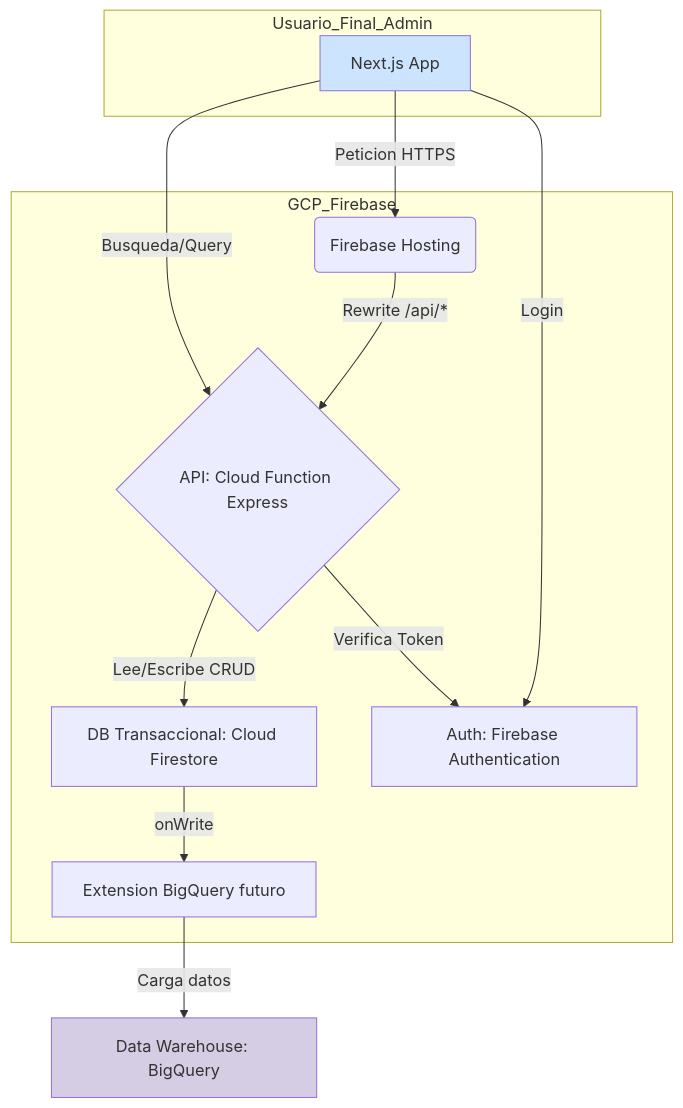
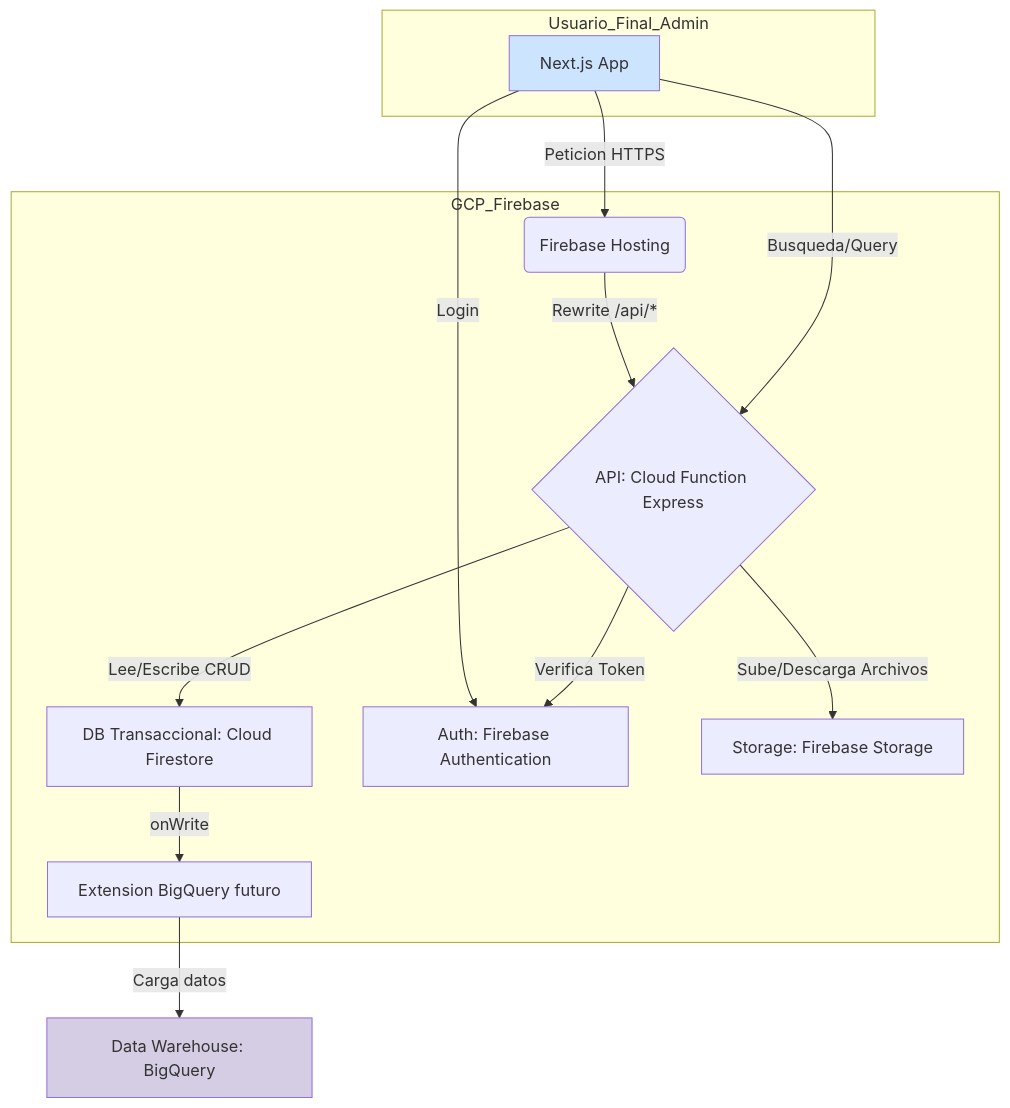
The diagram in docs/ARCHITECTURE.md (fnoya/loyalty-gen), drawn with Mermaid before and after one commit. The commit also changed other lines of this file and 4 other files, not shown here.

````diff
--- a/docs/ARCHITECTURE.md
+++ b/docs/ARCHITECTURE.md
@@ -16,35 +17,37 @@
 ```mermaid
 graph TD;
     %% Nodos base
     A[Next.js App];
 
     subgraph Usuario_Final_Admin;
         A;
     end;
 
     subgraph GCP_Firebase;
         B(Firebase Hosting);
         C{API: Cloud Function Express};
         D[DB Transaccional: Cloud Firestore];
         E[Auth: Firebase Authentication];
+        F[Storage: Firebase Storage];
         I[Extension BigQuery futuro];
     end;
 
     H[Data Warehouse: BigQuery];
 
     %% Relaciones
     A -->|Login| E;
     A -->|Peticion HTTPS| B;
     B -->|Rewrite /api/*| C;
 
     A -->|Busqueda/Query| C;
     C -->|Lee/Escribe CRUD| D;
     C -->|Verifica Token| E;
+    C -->|Sube/Descarga Archivos| F;
 
     D -- onWrite --> I;
     I -->|Carga datos| H;
 
     %% Estilos
     style A fill:#cde4ff;
     style H fill:#d5cde4;
 ```
````
